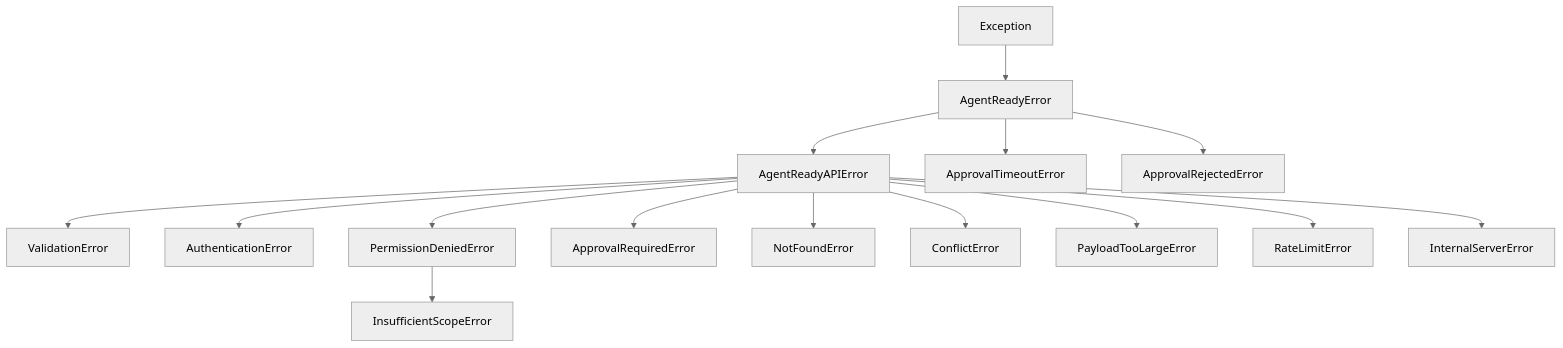
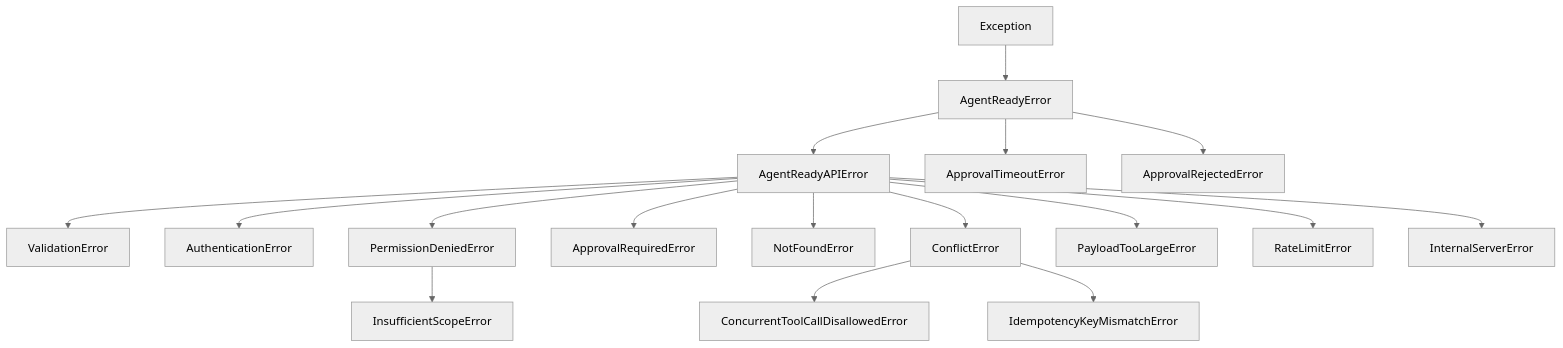
Before and after one commit to Deadeye102000/Agentready-governance-sdk: the second of 2 diagrams in README.md, drawn with Mermaid (neutral theme). The commit also changed other lines of this file and 3 other files, not shown here.

````diff
--- a/README.md
+++ b/README.md
@@ -440,18 +561,20 @@
 ```mermaid
 graph TD
     Exception --> AgentReadyError
     AgentReadyError --> AgentReadyAPIError
     AgentReadyError --> ApprovalTimeoutError
     AgentReadyError --> ApprovalRejectedError
     
     AgentReadyAPIError --> ValidationError
     AgentReadyAPIError --> AuthenticationError
     AgentReadyAPIError --> PermissionDeniedError
     PermissionDeniedError --> InsufficientScopeError
     AgentReadyAPIError --> ApprovalRequiredError
     AgentReadyAPIError --> NotFoundError
     AgentReadyAPIError --> ConflictError
+    ConflictError --> ConcurrentToolCallDisallowedError
+    ConflictError --> IdempotencyKeyMismatchError
     AgentReadyAPIError --> PayloadTooLargeError
     AgentReadyAPIError --> RateLimitError
     AgentReadyAPIError --> InternalServerError
 ```
````
